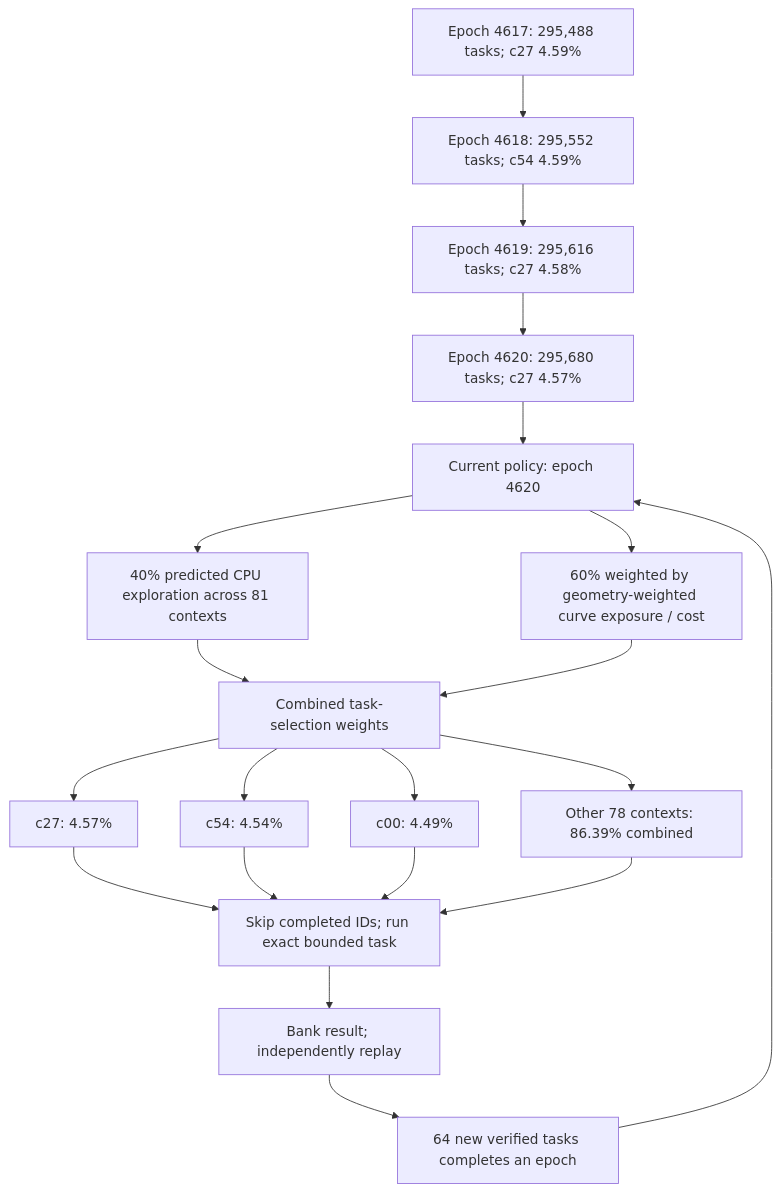
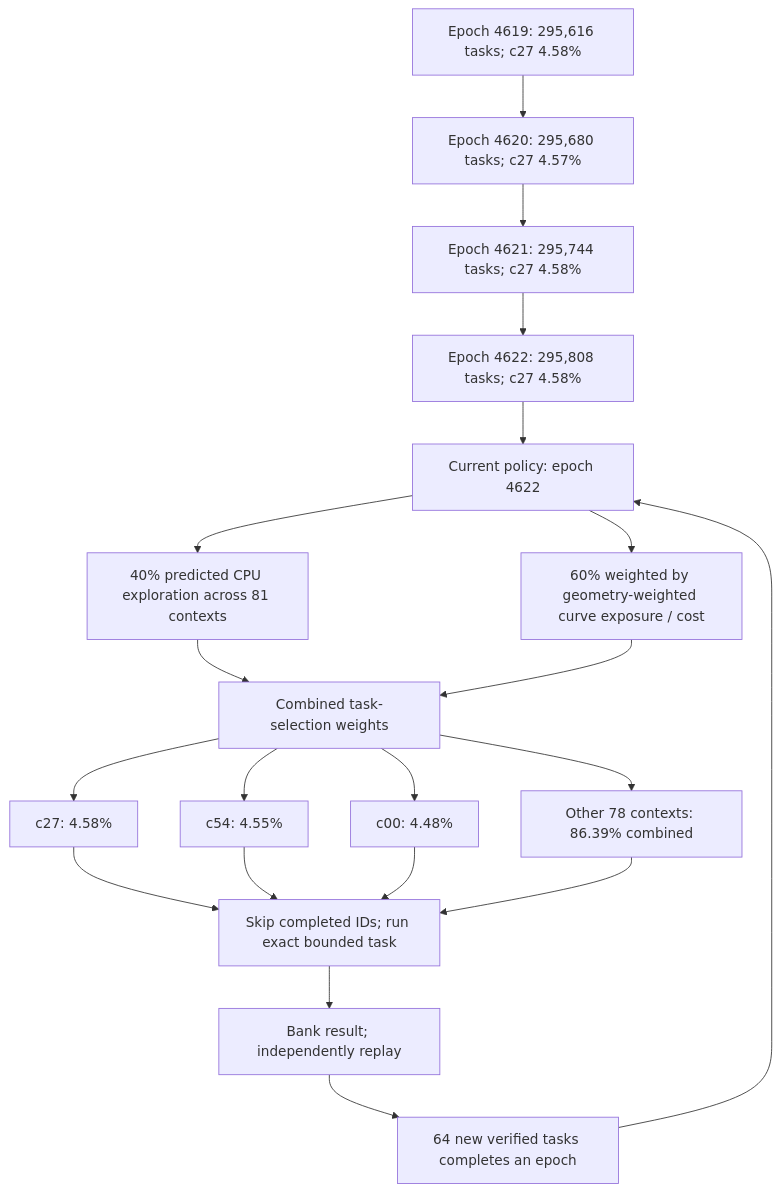
Before and after one commit to Kuberwastaken/math-gambling: the first of 3 diagrams in README.md, drawn with Mermaid. The commit also changed other lines of this file and 2133 other files, not shown here.

````diff
--- a/README.md
+++ b/README.md
@@ -60,27 +60,27 @@
 ```mermaid
 flowchart TD
-    H0["Epoch 4617: 295,488 tasks; c27 4.59%"]
-    H1["Epoch 4618: 295,552 tasks; c54 4.59%"]
+    H0["Epoch 4619: 295,616 tasks; c27 4.58%"]
+    H1["Epoch 4620: 295,680 tasks; c27 4.57%"]
     H0 --> H1
-    H2["Epoch 4619: 295,616 tasks; c27 4.58%"]
+    H2["Epoch 4621: 295,744 tasks; c27 4.58%"]
     H1 --> H2
-    H3["Epoch 4620: 295,680 tasks; c27 4.57%"]
+    H3["Epoch 4622: 295,808 tasks; c27 4.58%"]
     H2 --> H3
-    Policy["Current policy: epoch 4620"]
+    Policy["Current policy: epoch 4622"]
     H3 --> Policy
     Policy --> Explore["40% predicted CPU exploration across 81 contexts"]
     Policy --> Cost["60% weighted by geometry-weighted curve exposure / cost"]
     Explore --> Mix["Combined task-selection weights"]
     Cost --> Mix
-    Mix --> C0["c27: 4.57%"]
-    Mix --> C1["c54: 4.54%"]
-    Mix --> C2["c00: 4.49%"]
+    Mix --> C0["c27: 4.58%"]
+    Mix --> C1["c54: 4.55%"]
+    Mix --> C2["c00: 4.48%"]
     Mix --> Rest["Other 78 contexts: 86.39% combined"]
     C0 --> Check["Skip completed IDs; run exact bounded task"]
     C1 --> Check
     C2 --> Check
     Rest --> Check
     Check --> Replay["Bank result; independently replay"]
     Replay --> Gate["64 new verified tasks completes an epoch"]
     Gate --> Policy
 ```
````
